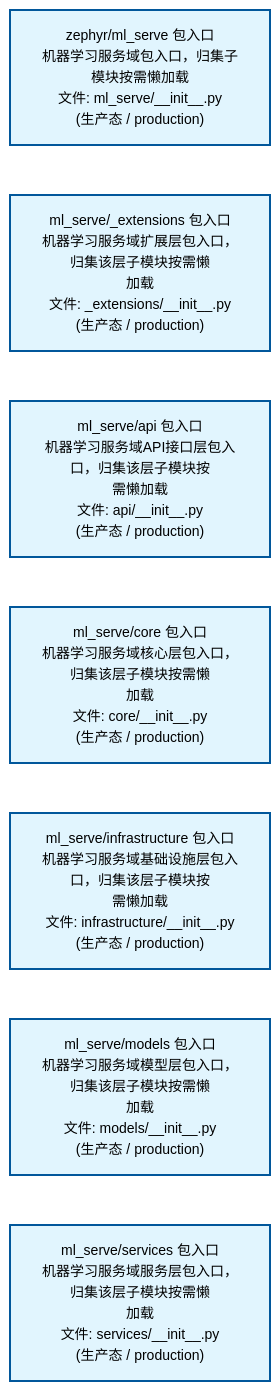
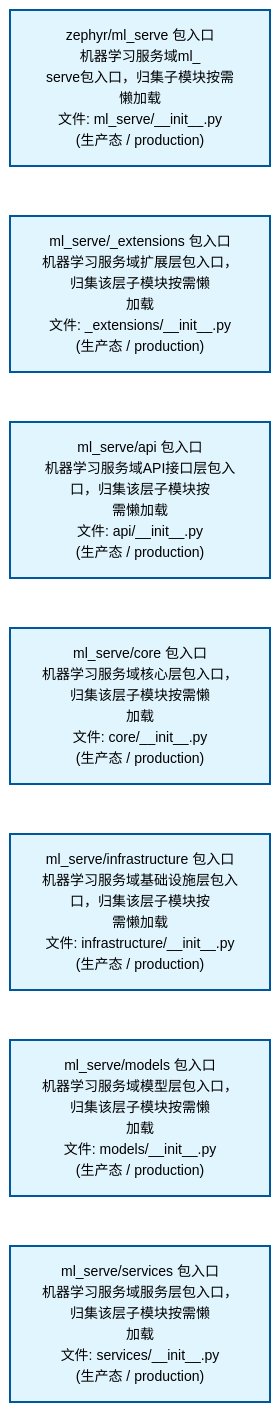
The second of 2 diagrams in docs/02_enterprise_architecture/02_domain_architecture_docs/60_d_ml_serve.md (xuanFelixVan/ZephyrAlpha), drawn with Mermaid before and after one commit. The commit also changed other lines of this file and 60 other files, not shown here.

````diff
--- a/docs/02_enterprise_architecture/02_domain_architecture_docs/60_d_ml_serve.md
+++ b/docs/02_enterprise_architecture/02_domain_architecture_docs/60_d_ml_serve.md
@@ -80,22 +80,22 @@
 ```mermaid
 %%{init: {'theme': 'base', 'themeVariables': {'primaryColor': '#eaeaea', 'primaryTextColor': '#333333', 'primaryBorderColor': '#666666', 'lineColor': '#666666', 'secondaryColor': '#eaeaea', 'tertiaryColor': '#eaeaea', 'fontSize': '14px'}}}%%
 flowchart TD
-    src_zephyr_ml_serve_init_py["zephyr/ml_serve 包入口<br/>机器学习服务域包入口，归集子模块按需懒加载<br/>文件: ml_serve/__init__.py<br/>(生产态 / production)"]
+    src_zephyr_ml_serve_init_py["zephyr/ml_serve 包入口<br/>机器学习服务域ml_<br/>serve包入口，归集子模块按需懒加载<br/>文件: ml_serve/__init__.py<br/>(生产态 / production)"]
     src_zephyr_ml_serve_extensions_init_py["ml_serve/_extensions 包入口<br/>机器学习服务域扩展层包入口，归集该层子模块按需懒<br/>加载<br/>文件: _extensions/__init__.py<br/>(生产态 / production)"]
     src_zephyr_ml_serve_api_init_py["ml_serve/api 包入口<br/>机器学习服务域API接口层包入口，归集该层子模块按<br/>需懒加载<br/>文件: api/__init__.py<br/>(生产态 / production)"]
     src_zephyr_ml_serve_core_init_py["ml_serve/core 包入口<br/>机器学习服务域核心层包入口，归集该层子模块按需懒<br/>加载<br/>文件: core/__init__.py<br/>(生产态 / production)"]
     src_zephyr_ml_serve_infrastructure_init_py["ml_serve/infrastructure 包入口<br/>机器学习服务域基础设施层包入口，归集该层子模块按<br/>需懒加载<br/>文件: infrastructure/__init__.py<br/>(生产态 / production)"]
     src_zephyr_ml_serve_models_init_py["ml_serve/models 包入口<br/>机器学习服务域模型层包入口，归集该层子模块按需懒<br/>加载<br/>文件: models/__init__.py<br/>(生产态 / production)"]
     src_zephyr_ml_serve_services_init_py["ml_serve/services 包入口<br/>机器学习服务域服务层包入口，归集该层子模块按需懒<br/>加载<br/>文件: services/__init__.py<br/>(生产态 / production)"]
     src_zephyr_ml_serve_init_py ~~~ src_zephyr_ml_serve_extensions_init_py
     src_zephyr_ml_serve_extensions_init_py ~~~ src_zephyr_ml_serve_api_init_py
     src_zephyr_ml_serve_api_init_py ~~~ src_zephyr_ml_serve_core_init_py
     src_zephyr_ml_serve_core_init_py ~~~ src_zephyr_ml_serve_infrastructure_init_py
     src_zephyr_ml_serve_infrastructure_init_py ~~~ src_zephyr_ml_serve_models_init_py
     src_zephyr_ml_serve_models_init_py ~~~ src_zephyr_ml_serve_services_init_py
     classDef production fill:#e1f5fe,stroke:#01579b,stroke-width:2px,color:#000
     classDef design fill:#fff3e0,stroke:#e65100,stroke-width:2px,color:#000,stroke-dasharray: 5 5
     classDef external_prod fill:#e8f4fd,stroke:#0277bd,stroke-width:1px,color:#000
     classDef external_design fill:#fff8e7,stroke:#ef6c00,stroke-width:1px,color:#000,stroke-dasharray: 5 5
     class src_zephyr_ml_serve_init_py,src_zephyr_ml_serve_extensions_init_py,src_zephyr_ml_serve_api_init_py,src_zephyr_ml_serve_core_init_py,src_zephyr_ml_serve_infrastructure_init_py,src_zephyr_ml_serve_models_init_py,src_zephyr_ml_serve_services_init_py production
 ```
````
